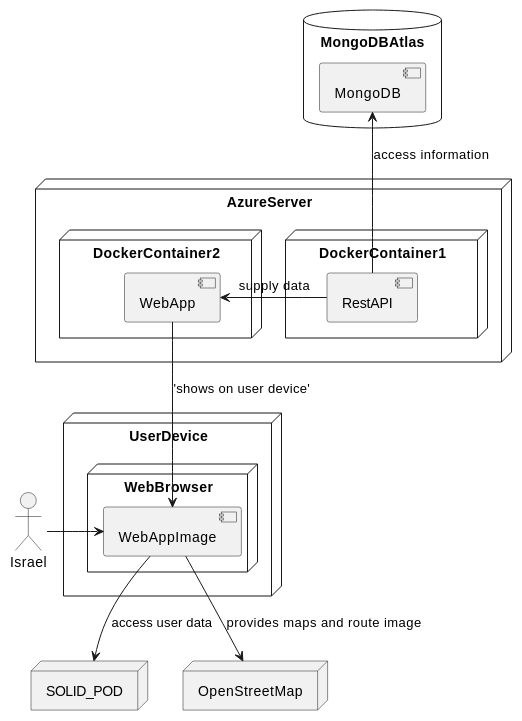
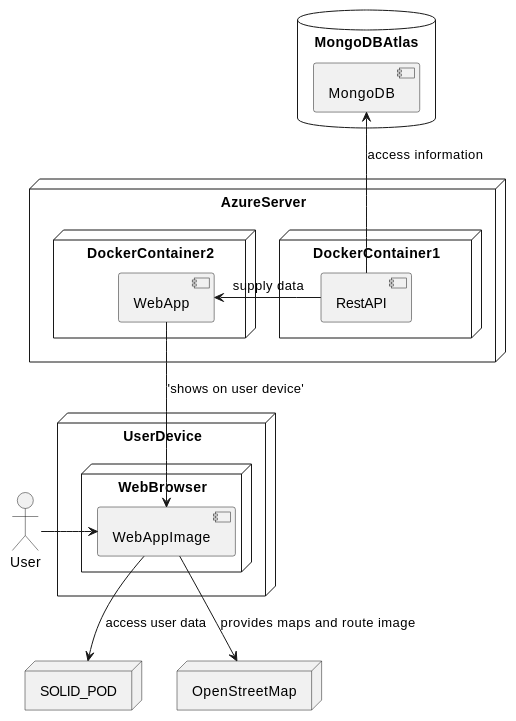
Before and after one commit to Arquisoft/lomap_es3a: the diagram in docs/07_deployment_view.adoc, drawn with PlantUML.

Commit message:
27/03/2023 - Omar - Corregido error de los estándares del diagrama 7

```diff
--- a/docs/07_deployment_view.adoc
+++ b/docs/07_deployment_view.adoc
@@ -6,33 +6,33 @@
 [plantuml, "07_DeploymentView", png]
 ----
 node AzureServer{
     node DockerContainer1 {
         component RestAPI
     }
     node DockerContainer2 {
         component WebApp
     }    
 }
  
 node UserDevice {
     node WebBrowser {
         component WebAppImage
     }
 }
  
 database MongoDBAtlas{
     component MongoDB
 }
  
-Actor Israel
+Actor User
  
 node SOLID_POD
 node OpenStreetMap
  
 RestAPI -u-> MongoDB : "access information"
 WebAppImage -d-> SOLID_POD : "access user data"
 WebAppImage -d-> OpenStreetMap : "provides maps and route image"
 RestAPI -l-> WebApp : "supply data"
 WebApp -d-> WebAppImage : 'shows on user device'
-WebAppImage <-l- Israel
+WebAppImage <-l- User
 ----
```
